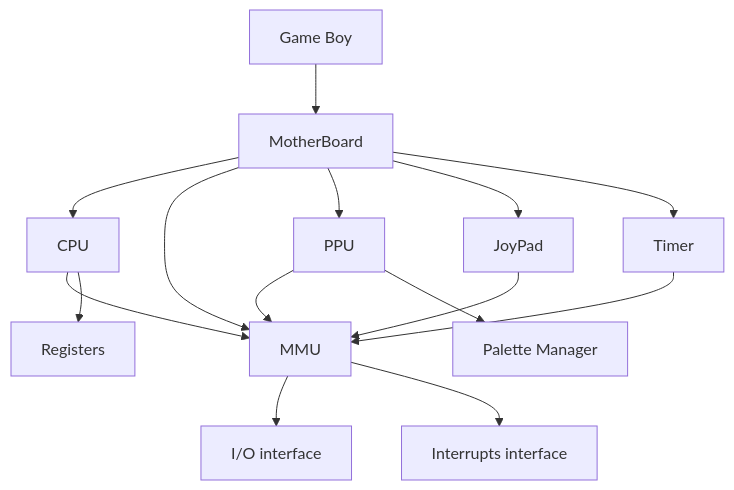
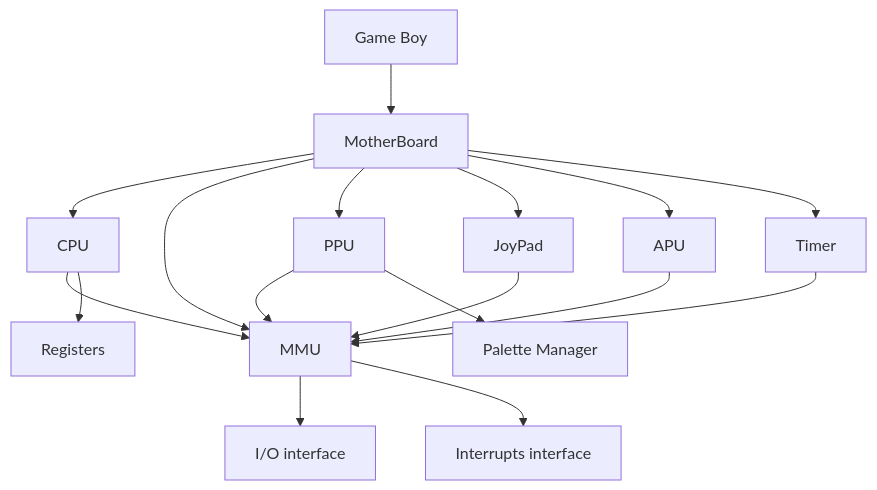
Before and after one commit to MarcAlx/gb: the diagram in src/packages/GBKit/README.md, drawn with Mermaid. The commit also changed other lines of this file and 1 other file, not shown here.

````diff
--- a/src/packages/GBKit/README.md
+++ b/src/packages/GBKit/README.md
@@ -23,32 +23,35 @@
 ```mermaid
 graph TB;
   GB[Game Boy]
   MB[MotherBoard]
   CPU[CPU]
   MMU[MMU]
+  APU[APU]
   IO[I/O interface]
   JOY[JoyPad]
   R[Registers]
   INT[Interrupts interface]
   PM[Palette Manager]
   TIM[Timer]
 
   GB --> MB;
 
   MB --> CPU;
   MB --> MMU;
   MB --> PPU;
   MB --> JOY;
+  MB --> APU;
   MB --> TIM;
 
   MMU --> IO;
   MMU --> INT;
 
   CPU --> MMU;
   CPU --> R
   PPU --> MMU;
   JOY --> MMU;
   TIM --> MMU;
+  APU --> MMU;
 
   PPU --> PM;
 ```
````
